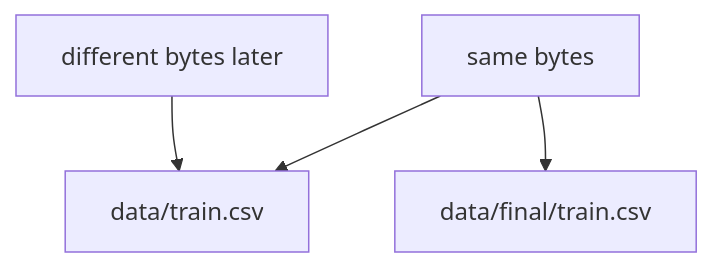
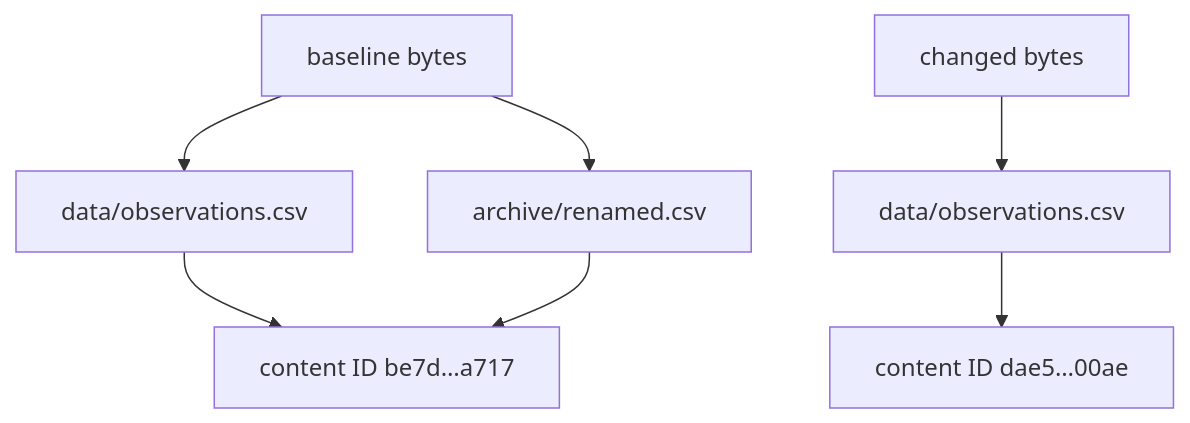
Before and after one commit to bijux/bijux-masterclass: the third of 3 diagrams in programs/reproducible-research/deep-dive-dvc/course-book/module-02-data-identity-content-addressing/paths-are-locators-not-data-identity.md, drawn with Mermaid. The commit also changed other lines of this file, not shown here.

Commit message:
docs(dvc): prove paths do not identify dataset bytes

````diff
--- a/programs/reproducible-research/deep-dive-dvc/course-book/module-02-data-identity-content-addressing/paths-are-locators-not-data-identity.md
+++ b/programs/reproducible-research/deep-dive-dvc/course-book/module-02-data-identity-content-addressing/paths-are-locators-not-data-identity.md
@@ -80,6 +73,9 @@
 ```mermaid
 flowchart TD
-  samebytes["same bytes"] --> path1["data/train.csv"]
-  samebytes --> path2["data/final/train.csv"]
-  changedbytes["different bytes later"] --> path1
+  bytesA["baseline bytes"] --> pathA["data/observations.csv"]
+  bytesA --> pathB["archive/renamed.csv"]
+  pathA --> idA["content ID be7d…a717"]
+  pathB --> idA
+  bytesB["changed bytes"] --> pathA2["data/observations.csv"]
+  pathA2 --> idB["content ID dae5…00ae"]
 ```
````
